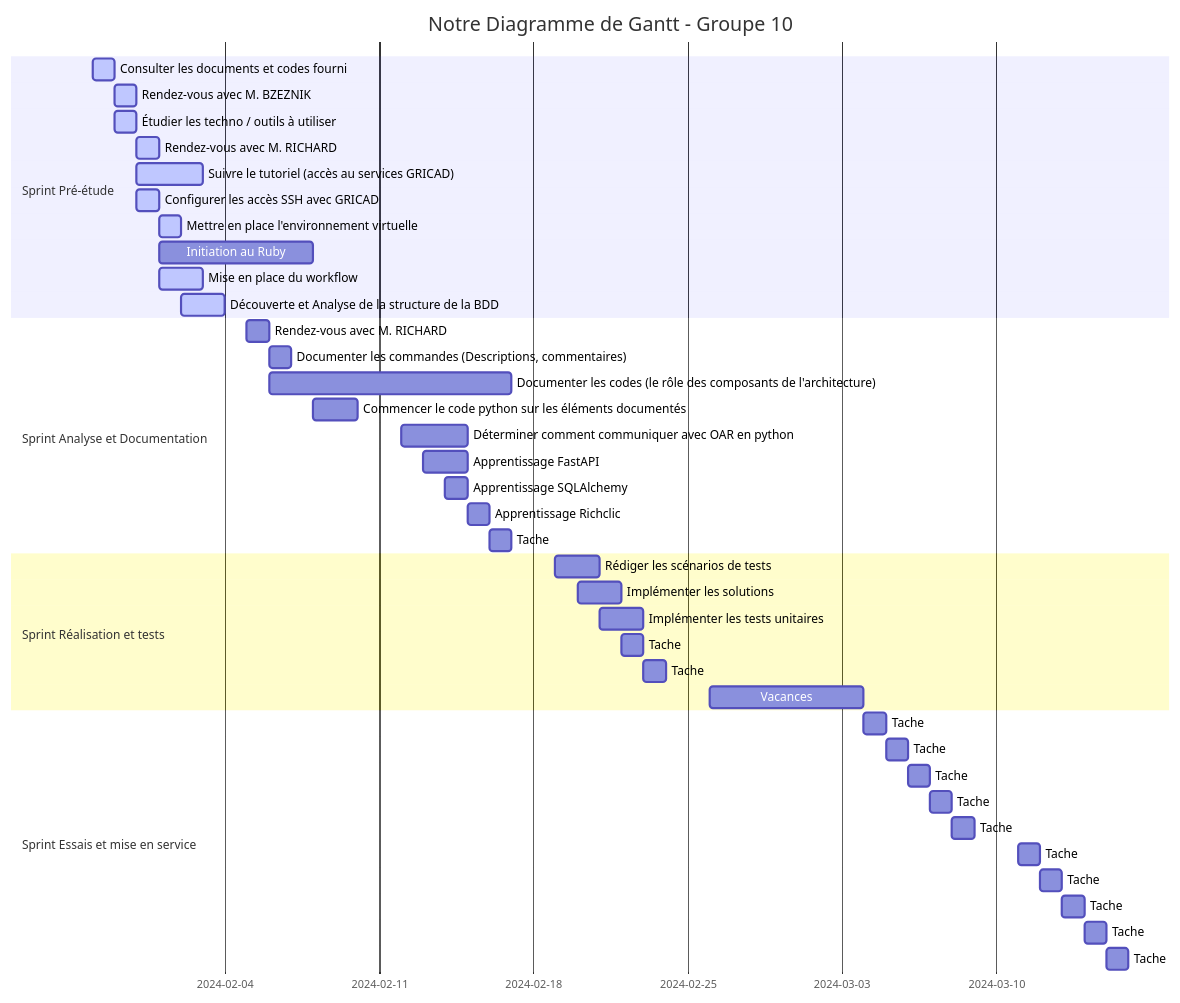
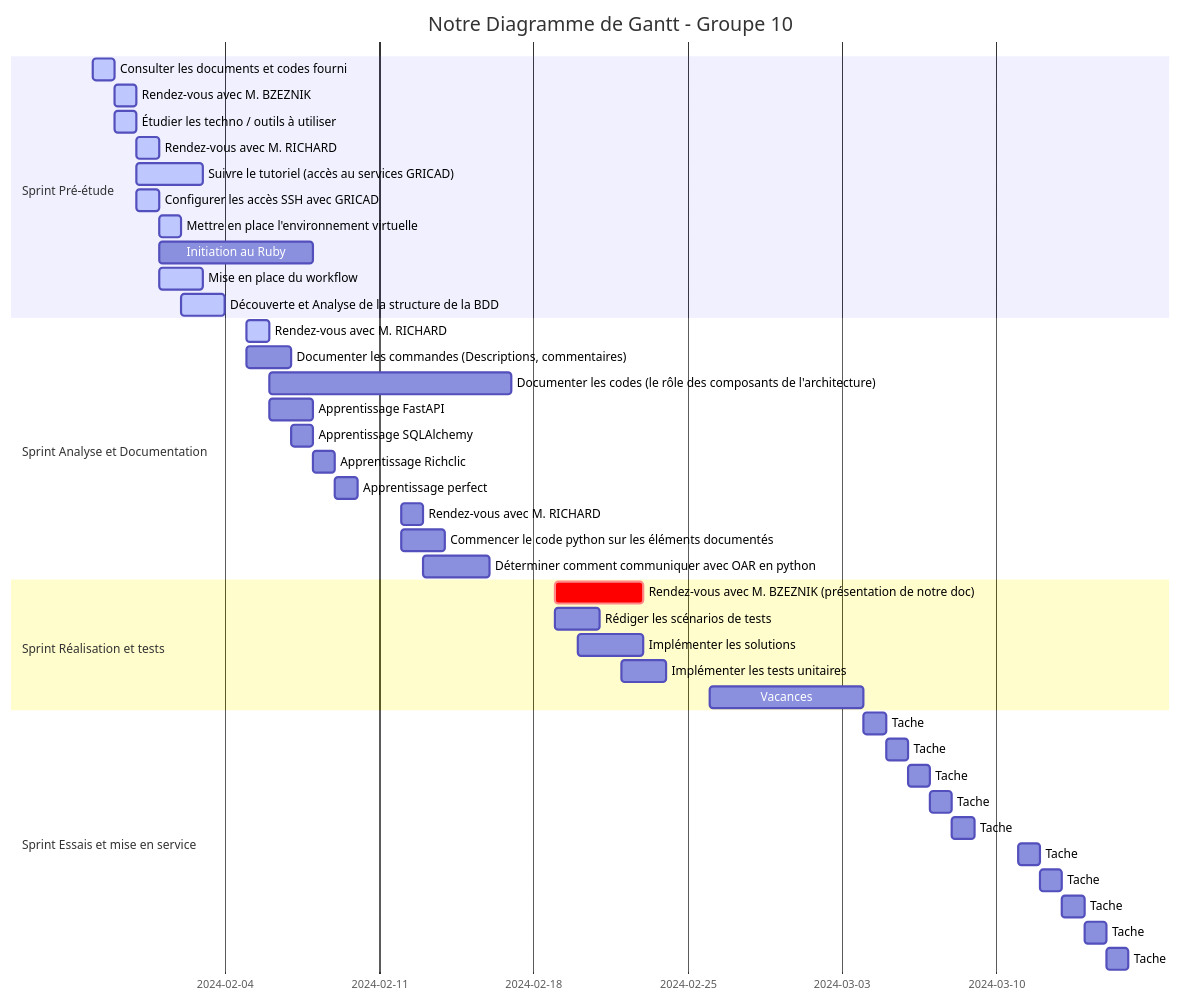
Before and after one commit to 2023-2024-PROJET-S10-G10/docs: the diagram in gantt_diagram.md, drawn with Mermaid. The commit also changed 2 other files, not shown here.

Commit message:
updated logbook, backlog and gantt diagram

````diff
--- a/gantt_diagram.md
+++ b/gantt_diagram.md
@@ -1,44 +1,44 @@
 ```mermaid
 gantt
     title Notre Diagramme de Gantt - Groupe 10
     dateFormat YYYY-MM-DD
     section Sprint Pré-étude
         Consulter les documents et codes fourni                         :active, 2024-01-29, 1d
         Rendez-vous avec M. BZEZNIK                                     :active, 2024-01-30, 1d
         Étudier les techno / outils à utiliser                          :active, 2024-01-30, 1d
         Rendez-vous avec M. RICHARD                                     :active, 2024-01-31, 1d
         Suivre le tutoriel (accès au services GRICAD)                   :active, 2024-01-31, 3d
         Configurer les accès SSH avec GRICAD                            :active, 2024-01-31, 1d
         Mettre en place l'environnement virtuelle                       :active, 2024-02-01, 1d
         Initiation au Ruby                                              : 2024-02-01, 7d
         Mise en place du workflow                                       :active, 2024-02-01, 2d
         Découverte et Analyse de la structure de la BDD                 :active, 2024-02-02, 2d
     section Sprint Analyse et Documentation
-        Rendez-vous avec M. RICHARD                                     : 2024-02-05, 1d
-        Documenter les commandes (Descriptions, commentaires)           : 2024-02-06, 1d
+        Rendez-vous avec M. RICHARD                                     :active, 2024-02-05, 1d
+        Documenter les commandes (Descriptions, commentaires)           : 2024-02-05, 2d
         Documenter les codes (le rôle des composants de l'architecture) : 2024-02-06, 11d
-        Commencer le code python sur les éléments documentés            : 2024-02-08, 2d
-        Déterminer comment communiquer avec OAR en python               : 2024-02-12, 3d
-        Apprentissage FastAPI                                          : 2024-02-13, 2d
-        Apprentissage SQLAlchemy                                       : 2024-02-14, 1d
-        Apprentissage Richclic                                         : 2024-02-15, 1d
-        Tache                        : 2024-02-16, 1d
+        Apprentissage FastAPI                                           : 2024-02-06, 2d
+        Apprentissage SQLAlchemy                                        : 2024-02-07, 1d
+        Apprentissage Richclic                                          : 2024-02-08, 1d
+        Apprentissage perfect                                           : 2024-02-09, 1d
+        Rendez-vous avec M. RICHARD                                     : 2024-02-12, 1d
+        Commencer le code python sur les éléments documentés            : 2024-02-12, 2d
+        Déterminer comment communiquer avec OAR en python               : 2024-02-13, 3d
     section Sprint Réalisation et tests
+        Rendez-vous avec M. BZEZNIK (présentation de notre doc)         :crit, 2024-02-19, 4d
         Rédiger les scénarios de tests                                  : 2024-02-19, 2d
-        Implémenter les solutions                                       : 2024-02-20, 2d
-        Implémenter les tests unitaires                        : 2024-02-21, 2d
-        Tache                        : 2024-02-22, 1d
-        Tache                        : 2024-02-23, 1d
-        Vacances                        : 2024-02-26, 7d
+        Implémenter les solutions                                       : 2024-02-20, 3d
+        Implémenter les tests unitaires                                 : 2024-02-22, 2d
+        Vacances                                        : 2024-02-26, 7d
     section Sprint Essais et mise en service
         Tache                        : 2024-03-04, 1d
         Tache                        : 2024-03-05, 1d
         Tache                        : 2024-03-06, 1d
         Tache                        : 2024-03-07, 1d
         Tache                        : 2024-03-08, 1d
         Tache                        : 2024-03-11, 1d
         Tache                        : 2024-03-12, 1d
         Tache                        : 2024-03-13, 1d
         Tache                        : 2024-03-14, 1d
         Tache                        : 2024-03-15, 1d
 ```
````
